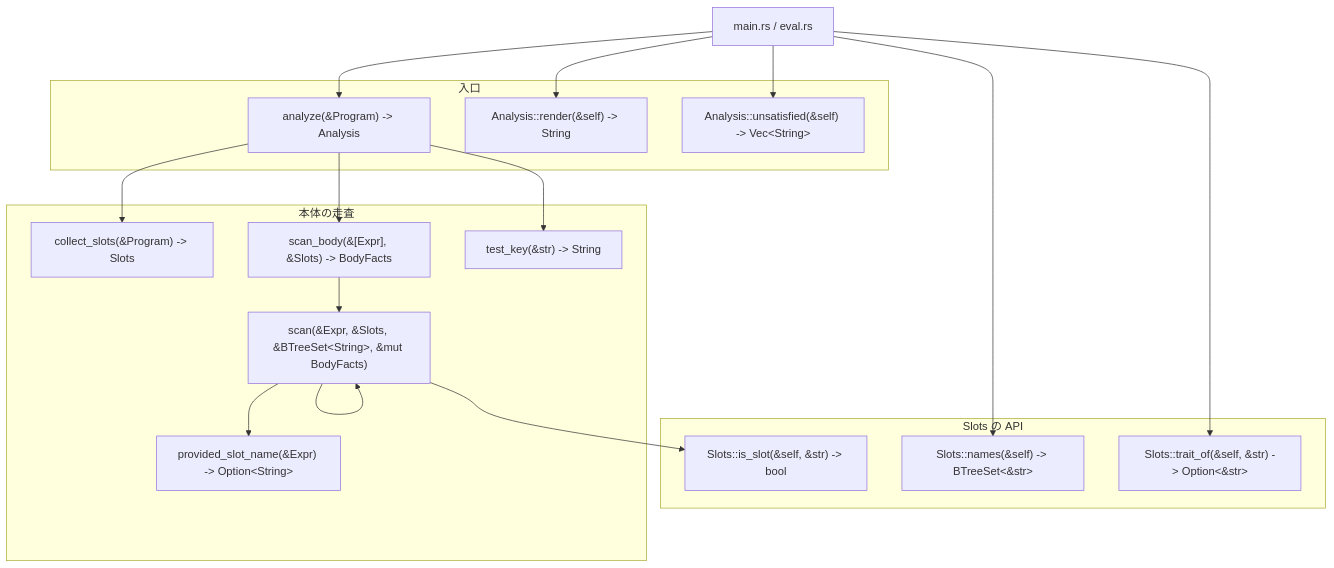
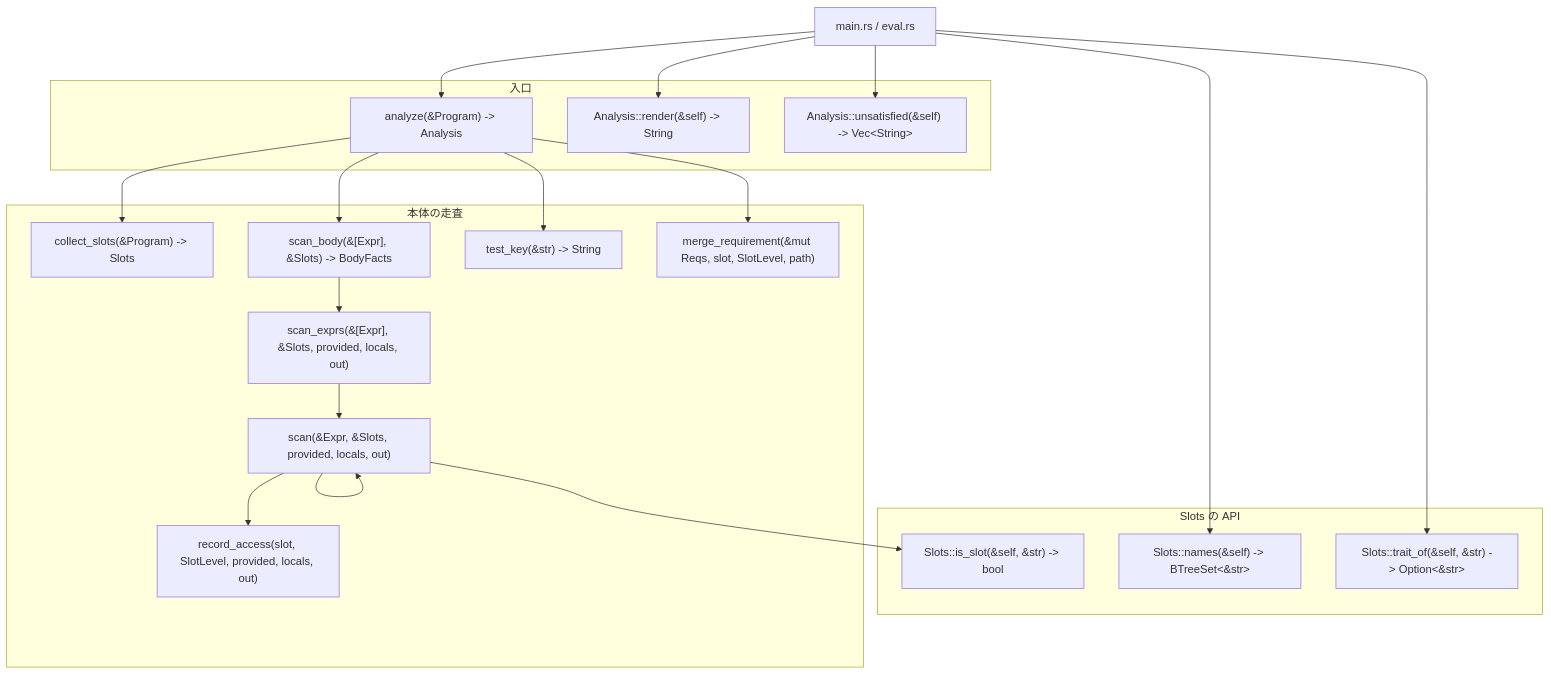
One commit to mikan-919/rhodolite changed the first of 2 diagrams in docs/requirement-map.md. Above: the diagram before and after it, drawn with Mermaid. The commit also changed other lines of this file and 10 other files, not shown here.

````diff
--- a/docs/requirement-map.md
+++ b/docs/requirement-map.md
@@ -7,39 +7,43 @@
 ```mermaid
 flowchart TD
     main["main.rs / eval.rs"]
 
     subgraph entry["入口"]
         analyze["analyze(&Program) -> Analysis"]
         render["Analysis::render(&self) -> String"]
         unsat["Analysis::unsatisfied(&self) -> Vec&lt;String&gt;"]
     end
 
     subgraph body["本体の走査"]
         collect["collect_slots(&Program) -> Slots"]
         scan_body["scan_body(&[Expr], &Slots) -> BodyFacts"]
-        scan["scan(&Expr, &Slots, &BTreeSet&lt;String&gt;, &mut BodyFacts)"]
-        psn["provided_slot_name(&Expr) -> Option&lt;String&gt;"]
+        scan_exprs["scan_exprs(&[Expr], &Slots, provided, locals, out)"]
+        scan["scan(&Expr, &Slots, provided, locals, out)"]
+        access["record_access(slot, SlotLevel, provided, locals, out)"]
+        merge["merge_requirement(&mut Reqs, slot, SlotLevel, path)"]
         test_key["test_key(&str) -> String"]
     end
 
     subgraph slots_api["Slots の API"]
         is_slot["Slots::is_slot(&self, &str) -> bool"]
         trait_of["Slots::trait_of(&self, &str) -> Option&lt;&str&gt;"]
         names["Slots::names(&self) -> BTreeSet&lt;&str&gt;"]
     end
 
     main --> analyze
     main --> render
     main --> unsat
     main --> names
     main --> trait_of
 
     analyze --> collect
     analyze --> scan_body
     analyze --> test_key
 
-    scan_body --> scan
+    scan_body --> scan_exprs
+    scan_exprs --> scan
     scan --> scan
-    scan --> psn
+    scan --> access
     scan --> is_slot
+    analyze --> merge
 ```
````
